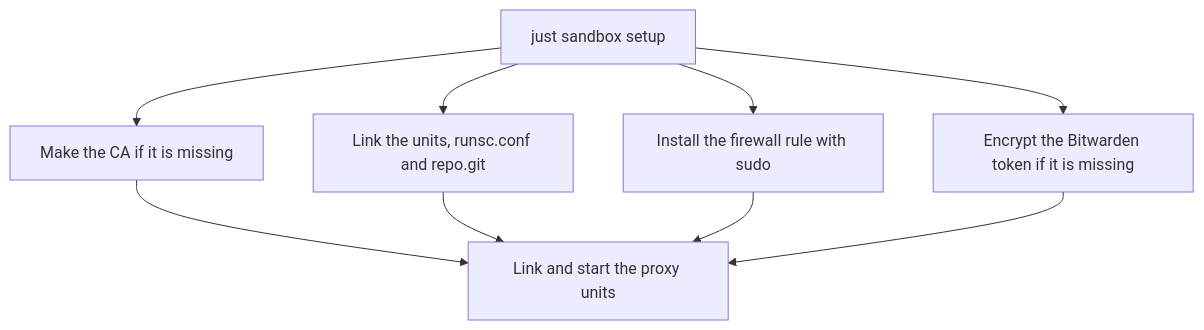
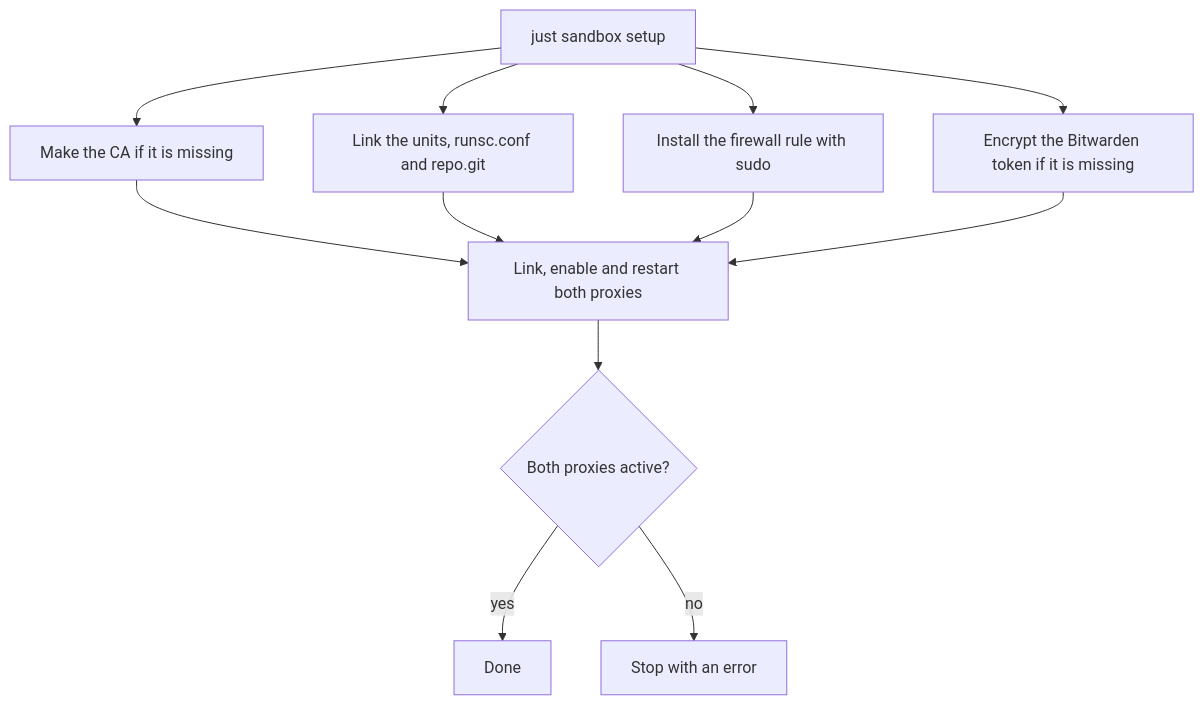
Before and after one commit to raghav19/engineersdaybook: the first of 6 diagrams in .sandbox/docs/internals.md, drawn with Mermaid. The commit also changed other lines of this file and 27 other files, not shown here.

First line of the commit message:
sandbox: build with docker and buildx, push with crane, through a builder proxy (#323)

````diff
--- a/.sandbox/docs/internals.md
+++ b/.sandbox/docs/internals.md
@@ -51,11 +61,14 @@
 ```mermaid
 flowchart TD
-    A[just sandbox setup] --> B[Make the CA if it is missing]
-    A --> C[Link the units, runsc.conf and repo.git]
-    A --> D[Install the firewall rule with sudo]
-    A --> E[Encrypt the Bitwarden token if it is missing]
-    B --> F[Link and start the proxy units]
+    A["just sandbox setup"] --> B["Make the CA if it is missing"]
+    A --> C["Link the units, runsc.conf and repo.git"]
+    A --> D["Install the firewall rule with sudo"]
+    A --> E["Encrypt the Bitwarden token if it is missing"]
+    B --> F["Link, enable and restart both proxies"]
     C --> F
     D --> F
     E --> F
+    F --> G{"Both proxies active?"}
+    G -->|yes| H["Done"]
+    G -->|no| I["Stop with an error"]
 ```
````
